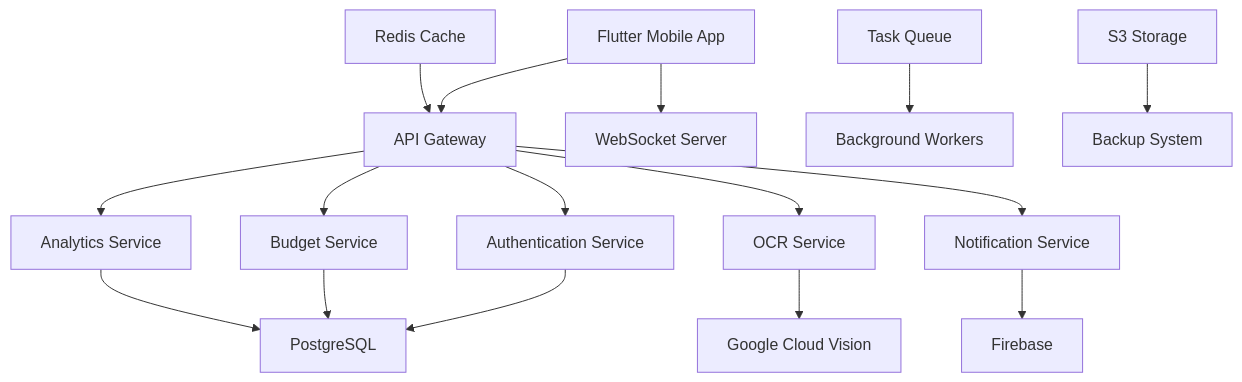
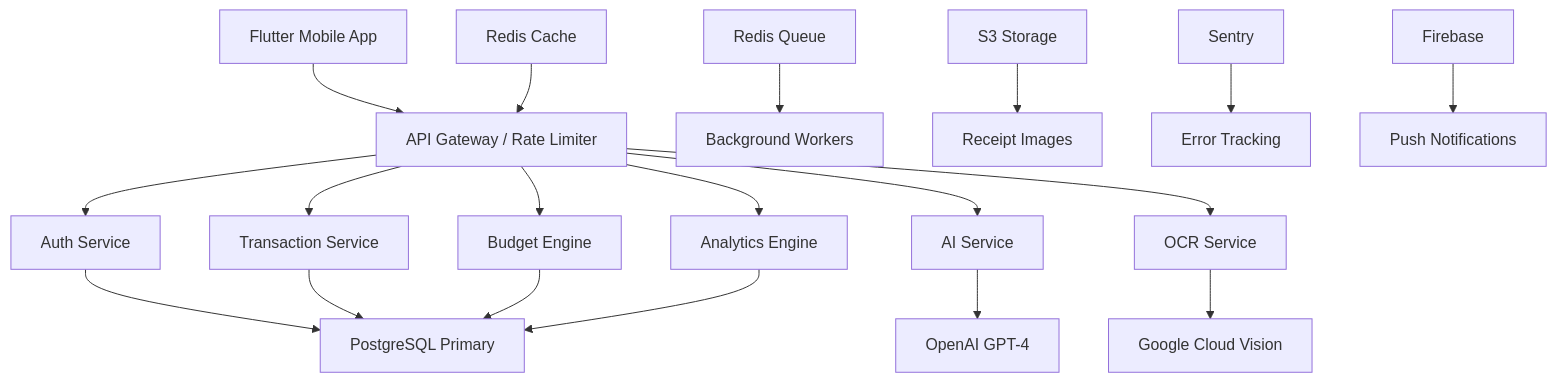
Before and after one commit to teniee/mita_project: the diagram in README.md, drawn with Mermaid. The commit also changed other lines of this file and 22 other files, not shown here.

````diff
--- a/README.md
+++ b/README.md
@@ -37,20 +124,23 @@
 ```mermaid
-graph TD
-    A[Flutter Mobile App] --> B[API Gateway]
-    A --> C[WebSocket Server]
-    B --> D[Authentication Service]
-    B --> E[Budget Service]
-    B --> F[Analytics Service]
+graph TB
+    A[Flutter Mobile App] --> B[API Gateway / Rate Limiter]
+    B --> C[Auth Service]
+    B --> D[Transaction Service]
+    B --> E[Budget Engine]
+    B --> F[AI Service]
     B --> G[OCR Service]
-    B --> H[Notification Service]
-    
-    D --> I[PostgreSQL]
+    B --> H[Analytics Engine]
+
+    C --> I[PostgreSQL Primary]
+    D --> I
     E --> I
-    F --> I
-    G --> J[Google Cloud Vision]
-    H --> K[Firebase]
-    
+    F --> J[OpenAI GPT-4]
+    G --> K[Google Cloud Vision]
+    H --> I
+
     L[Redis Cache] --> B
-    M[Task Queue] --> N[Background Workers]
-    O[S3 Storage] --> P[Backup System]
+    M[Redis Queue] --> N[Background Workers]
+    O[S3 Storage] --> P[Receipt Images]
+    Q[Sentry] --> R[Error Tracking]
+    S[Firebase] --> T[Push Notifications]
 ```
````
